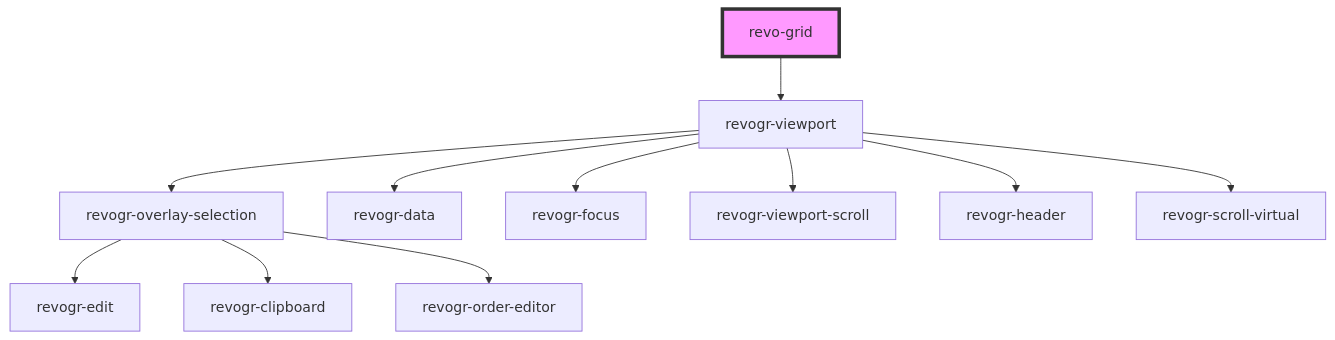
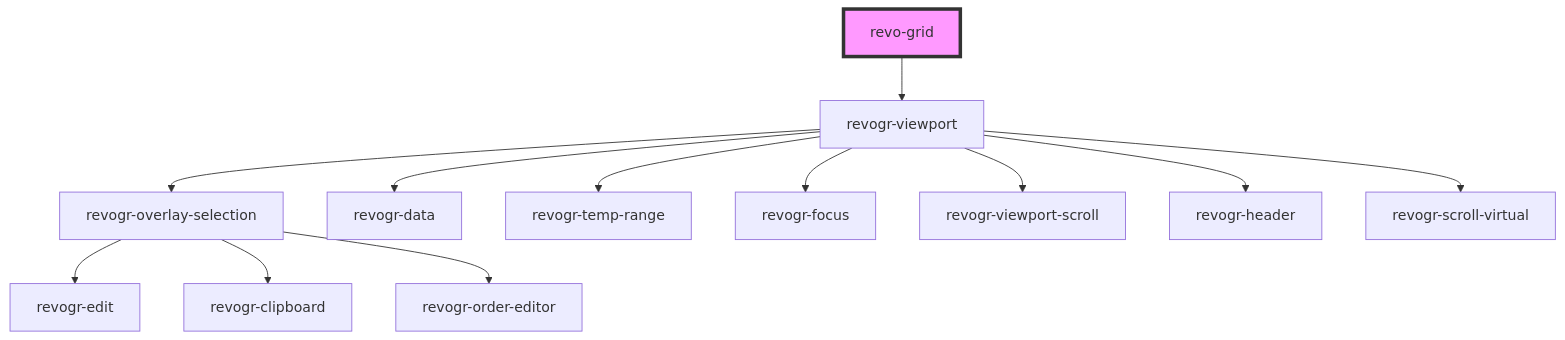
One commit to revolist/revogrid changed the diagram in src/components/revo-grid/readme.md. Above: the diagram before and after it, drawn with Mermaid. The commit also changed 14 other files, not shown here.

````diff
--- a/src/components/revo-grid/readme.md
+++ b/src/components/revo-grid/readme.md
@@ -116,14 +116,15 @@
 ```mermaid
 graph TD;
   revo-grid --> revogr-viewport
   revogr-viewport --> revogr-overlay-selection
   revogr-viewport --> revogr-data
+  revogr-viewport --> revogr-temp-range
   revogr-viewport --> revogr-focus
   revogr-viewport --> revogr-viewport-scroll
   revogr-viewport --> revogr-header
   revogr-viewport --> revogr-scroll-virtual
   revogr-overlay-selection --> revogr-edit
   revogr-overlay-selection --> revogr-clipboard
   revogr-overlay-selection --> revogr-order-editor
   style revo-grid fill:#f9f,stroke:#333,stroke-width:4px
 ```
````
